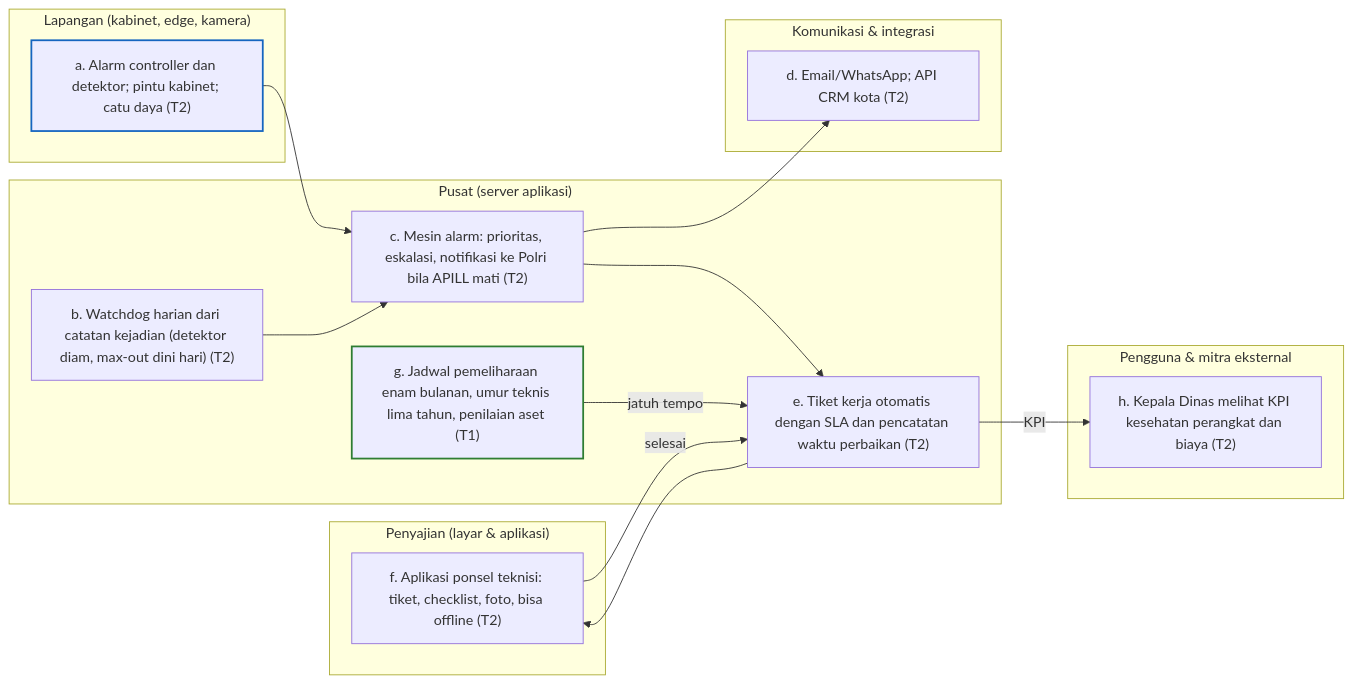
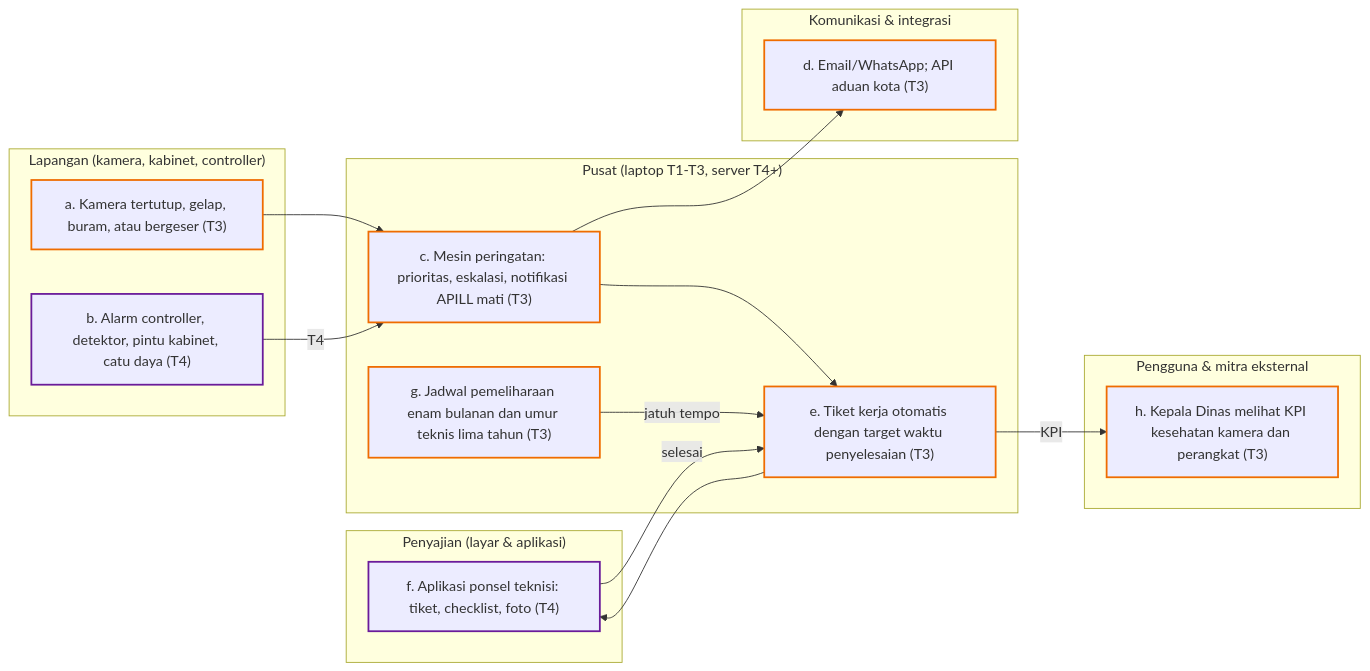
Before and after one commit to lionateofhaidar/irama-project: the fourth of 12 diagrams in docs/planning/diagram/_bagian_diagram.md, drawn with Mermaid. The commit also changed other lines of this file and 75 other files, not shown here.

First line of the commit message:
Revisi fokus T2 Vision Tracker dan Optimasi Simpang; dokumen 14 sampai 16; diagram dirutekan ulang

````diff
--- a/docs/planning/diagram/_bagian_diagram.md
+++ b/docs/planning/diagram/_bagian_diagram.md
@@ -191,31 +205,33 @@
 ```mermaid
 flowchart LR
   subgraph P["Pengguna & mitra eksternal"]
-    F04h["h. Kepala Dinas melihat KPI kesehatan perangkat dan biaya (T2)"]
+    F04h["h. Kepala Dinas melihat KPI kesehatan kamera dan perangkat (T3)"]
   end
   subgraph U["Penyajian (layar & aplikasi)"]
-    F04f["f. Aplikasi ponsel teknisi: tiket, checklist, foto, bisa offline (T2)"]
+    F04f["f. Aplikasi ponsel teknisi: tiket, checklist, foto (T4)"]
   end
-  subgraph S["Pusat (server aplikasi)"]
-    F04b["b. Watchdog harian dari catatan kejadian (detektor diam, max-out dini hari) (T2)"]
-    F04c["c. Mesin alarm: prioritas, eskalasi, notifikasi ke Polri bila APILL mati (T2)"]
-    F04e["e. Tiket kerja otomatis dengan SLA dan pencatatan waktu perbaikan (T2)"]
-    F04g["g. Jadwal pemeliharaan enam bulanan, umur teknis lima tahun, penilaian aset (T1)"]
+  subgraph S["Pusat (laptop T1-T3, server T4+)"]
+    F04c["c. Mesin peringatan: prioritas, eskalasi, notifikasi APILL mati (T3)"]
+    F04e["e. Tiket kerja otomatis dengan target waktu penyelesaian (T3)"]
+    F04g["g. Jadwal pemeliharaan enam bulanan dan umur teknis lima tahun (T3)"]
   end
   subgraph K["Komunikasi & integrasi"]
-    F04d["d. Email/WhatsApp; API CRM kota (T2)"]
+    F04d["d. Email/WhatsApp; API aduan kota (T3)"]
   end
-  subgraph L["Lapangan (kabinet, edge, kamera)"]
-    F04a["a. Alarm controller dan detektor; pintu kabinet; catu daya (T2)"]
+  subgraph L["Lapangan (kamera, kabinet, controller)"]
+    F04a["a. Kamera tertutup, gelap, buram, atau bergeser (T3)"]
+    F04b["b. Alarm controller, detektor, pintu kabinet, catu daya (T4)"]
   end
   F04a --> F04c
-  F04b --> F04c
+  F04b -->|T4| F04c
   F04c --> F04d
   F04c --> F04e
   F04e --> F04f
   F04f -->|selesai| F04e
   F04g -->|jatuh tempo| F04e
   F04e -->|KPI| F04h
-  style F04g stroke:#2E7D32,stroke-width:2px
-  style F04a stroke:#1565C0,stroke-width:2px
+  classDef t3 stroke:#EF6C00,stroke-width:2px
+  class F04a,F04c,F04d,F04e,F04g,F04h t3
+  classDef t4 stroke:#6A1B9A,stroke-width:2px
+  class F04b,F04f t4
 ```
````
